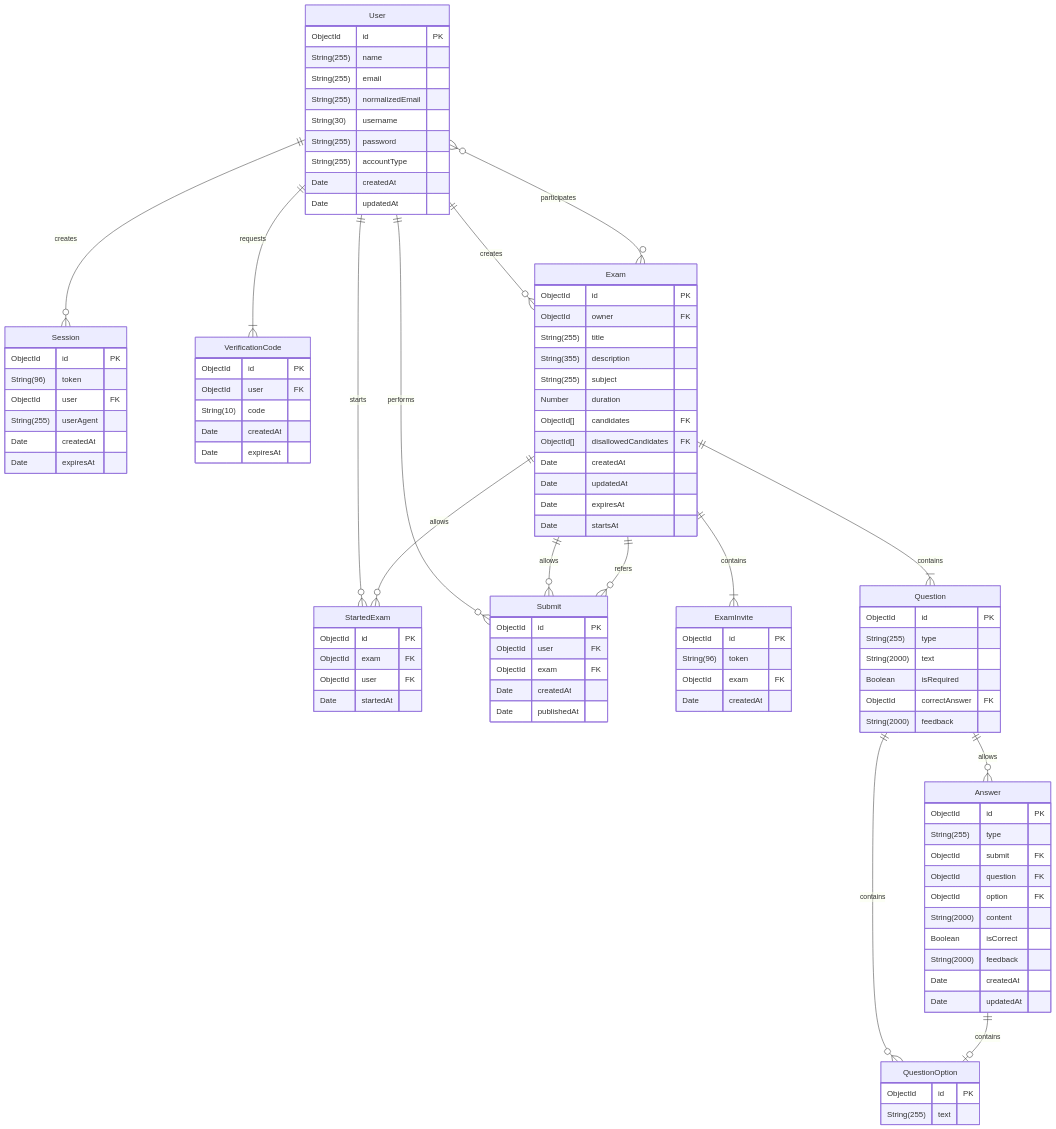
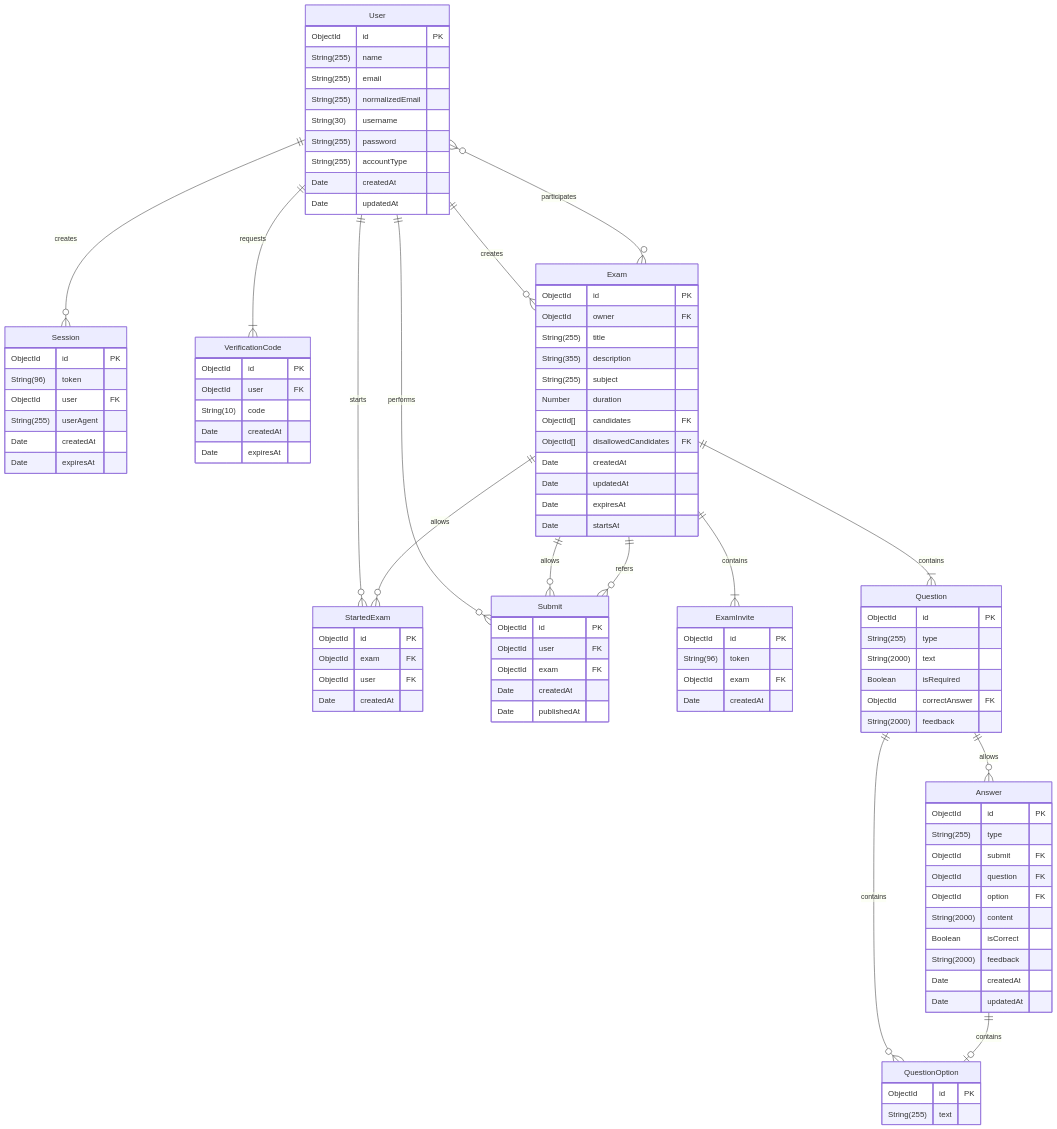
The diagram in diagram/entity-relationship-diagram.mmd (Alphka/EduAlphka), drawn with Mermaid before and after one commit. The commit also changed 11 other files, not shown here.

Commit message:
Rename StartedExam's startedAt field to createdAt #1

```diff
--- a/diagram/entity-relationship-diagram.mmd
+++ b/diagram/entity-relationship-diagram.mmd
@@ -1,115 +1,115 @@
 ---
 config:
     class:
         hideEmptyMembersBox: true
     theme: default
     look: classic
     layout: dagre
 ---
 erDiagram
     Session {
         ObjectId id PK
         String(96) token
         ObjectId user FK
         String(255) userAgent
         Date createdAt
         Date expiresAt
     }
 
     VerificationCode {
         ObjectId id PK
         ObjectId user FK
         String(10) code
         Date createdAt
         Date expiresAt
     }
     User 1--1+ VerificationCode : requests
 
     User {
         ObjectId id PK
         String(255) name
         String(255) email
         String(255) normalizedEmail
         String(30) username
         String(255) password
         String(255) accountType
         Date createdAt
         Date updatedAt
     }
     User 1--0+ Exam : creates
     User 0+--0+ Exam : participates
     User 1--0+ Session : creates
     User 1--0+ StartedExam : starts
     User 1--0+ Submit : performs
 
     StartedExam {
         ObjectId id PK
         ObjectId exam FK
         ObjectId user FK
-        Date startedAt
+        Date createdAt
     }
 
     Exam {
         ObjectId id PK
         ObjectId owner FK
         String(255) title
         String(355) description
         String(255) subject
         Number duration
         ObjectId[] candidates FK
         ObjectId[] disallowedCandidates FK
         Date createdAt
         Date updatedAt
         Date expiresAt
         Date startsAt
     }
     Exam 1--0+ StartedExam : allows
     Exam 1--1+ ExamInvite : contains
     Exam 1--1+ Question : contains
     Exam 1--0+ Submit : allows
 
     ExamInvite {
         ObjectId id PK
         String(96) token
         ObjectId exam FK
         Date createdAt
     }
 
     Question {
         ObjectId id PK
         String(255) type
         String(2000) text
         Boolean isRequired
         ObjectId correctAnswer FK
         String(2000) feedback
     }
     Question 1--0+ Answer : allows
     Question 1--0+ QuestionOption : contains
 
     QuestionOption {
         ObjectId id PK
         String(255) text
     }
 
     Answer {
         ObjectId id PK
         String(255) type
         ObjectId submit FK
         ObjectId question FK
         ObjectId option FK
         String(2000) content
         Boolean isCorrect
         String(2000) feedback
         Date createdAt
         Date updatedAt
     }
     Answer 1--zero or one QuestionOption : contains
 
     Submit {
         ObjectId id PK
         ObjectId user FK
         ObjectId exam FK
         Date createdAt
         Date publishedAt
     }
     Submit 0+--1 Exam : refers
```
